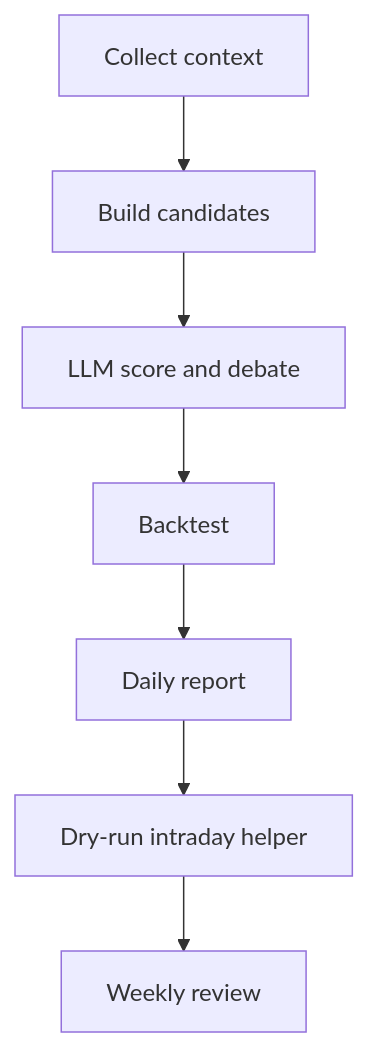
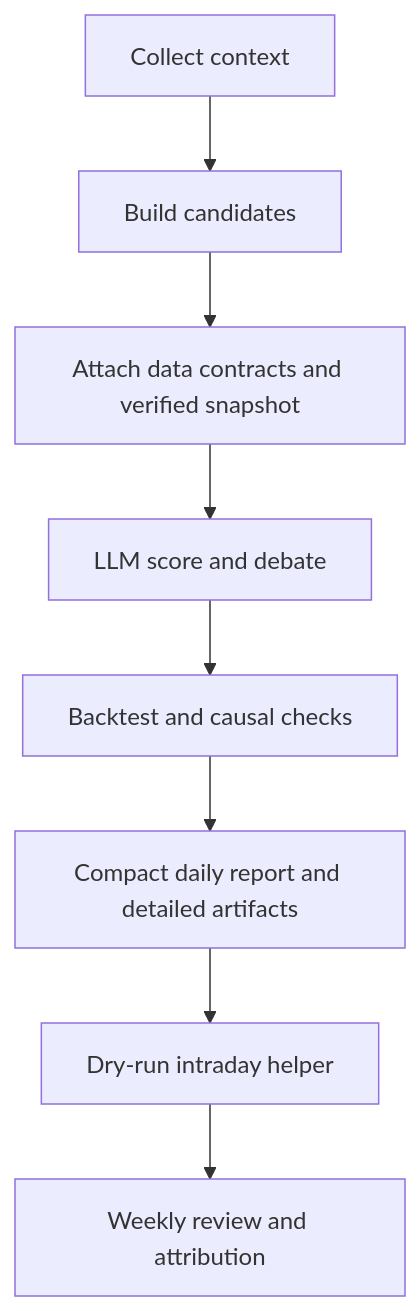
Before and after one commit to dazyhuang/daily-stock-workflow: the diagram in docs/demo.md, drawn with Mermaid. The commit also changed other lines of this file and 46 other files, not shown here.

````diff
--- a/docs/demo.md
+++ b/docs/demo.md
@@ -57,9 +74,10 @@
 ```mermaid
 flowchart TD
     A[Collect context] --> B[Build candidates]
-    B --> C[LLM score and debate]
-    C --> D[Backtest]
-    D --> E[Daily report]
-    E --> F[Dry-run intraday helper]
-    F --> G[Weekly review]
+    B --> C[Attach data contracts and verified snapshot]
+    C --> D[LLM score and debate]
+    D --> E[Backtest and causal checks]
+    E --> F[Compact daily report and detailed artifacts]
+    F --> G[Dry-run intraday helper]
+    G --> H[Weekly review and attribution]
 ```
````
